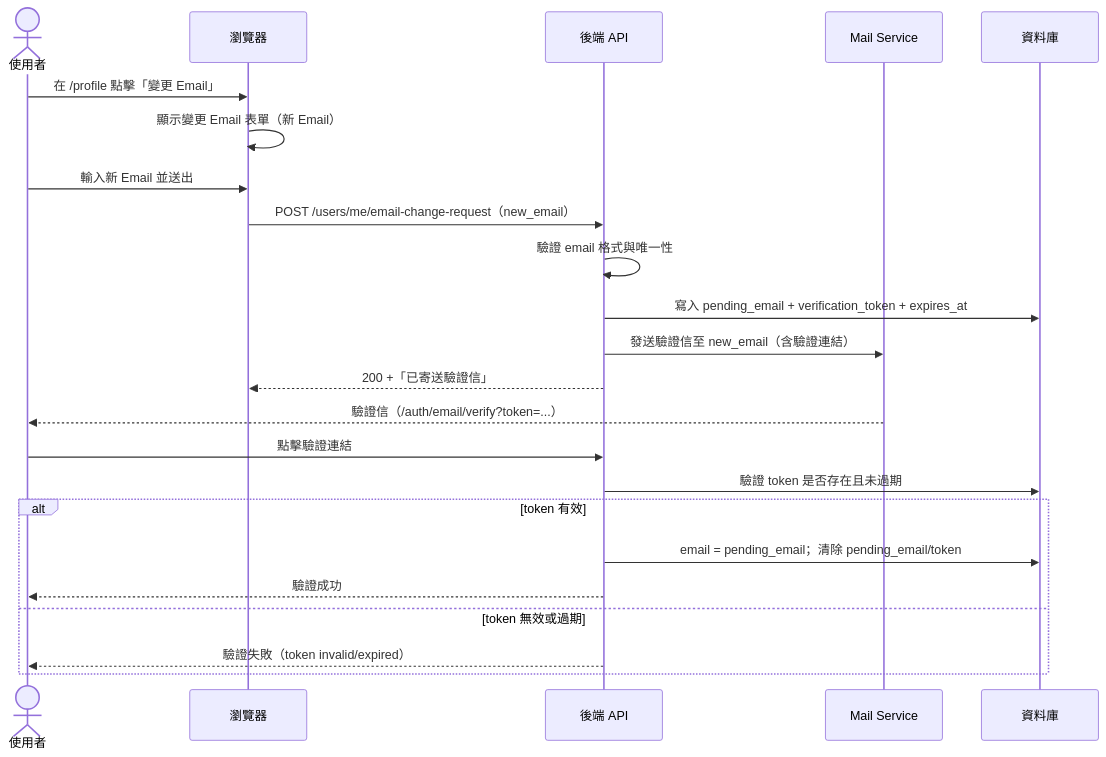
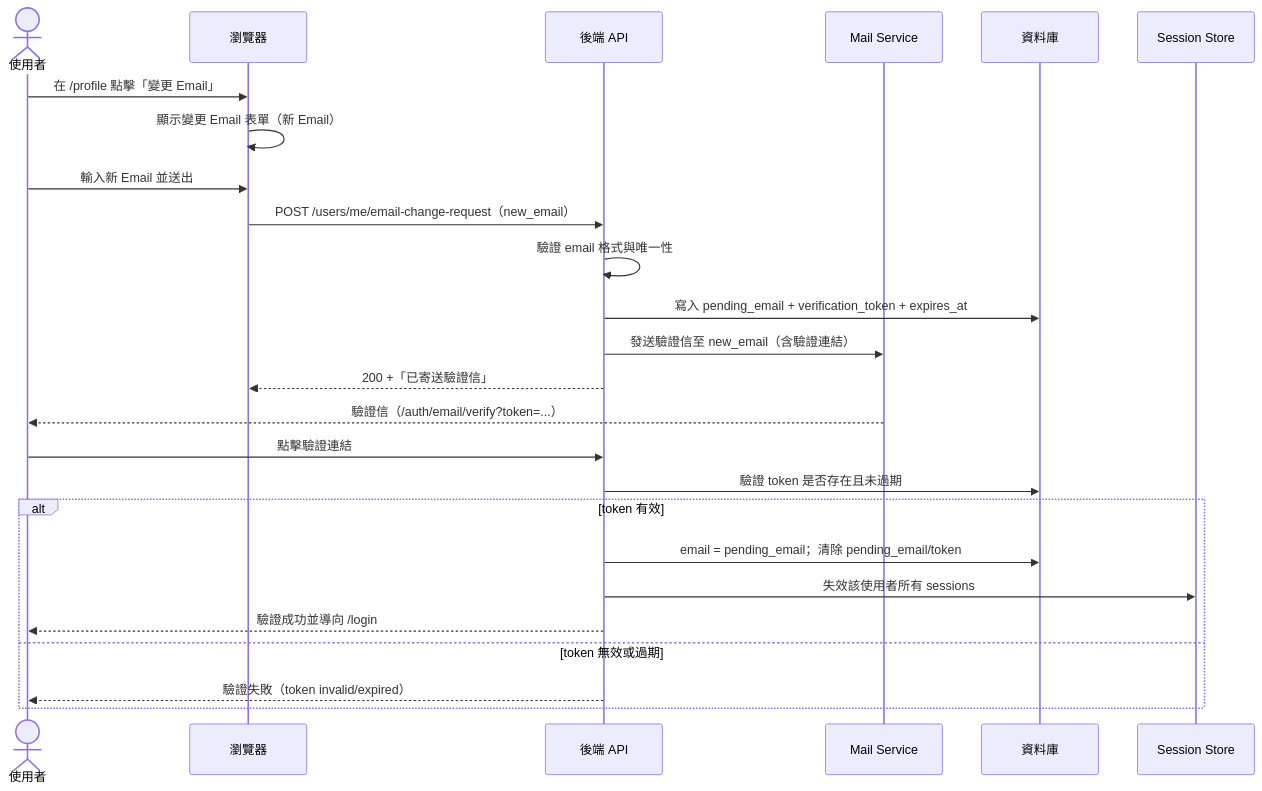
The second of 4 diagrams in specs/account/005-profile-settings/spec.md (singyichen/label-suite), drawn with Mermaid before and after one commit. The commit also changed other lines of this file and 1 other file, not shown here.

````diff
--- a/specs/account/005-profile-settings/spec.md
+++ b/specs/account/005-profile-settings/spec.md
@@ -63,27 +76,29 @@
 ```mermaid
 sequenceDiagram
     actor 使用者
     participant 瀏覽器
     participant 後端API as 後端 API
     participant 郵件服務 as Mail Service
     participant 資料庫
+    participant session as Session Store
 
     使用者->>瀏覽器: 在 /profile 點擊「變更 Email」
     瀏覽器->>瀏覽器: 顯示變更 Email 表單（新 Email）
     使用者->>瀏覽器: 輸入新 Email 並送出
     瀏覽器->>後端API: POST /users/me/email-change-request（new_email）
     後端API->>後端API: 驗證 email 格式與唯一性
     後端API->>資料庫: 寫入 pending_email + verification_token + expires_at
     後端API->>郵件服務: 發送驗證信至 new_email（含驗證連結）
     後端API-->>瀏覽器: 200 +「已寄送驗證信」
     郵件服務-->>使用者: 驗證信（/auth/email/verify?token=...）
 
     使用者->>後端API: 點擊驗證連結
     後端API->>資料庫: 驗證 token 是否存在且未過期
     alt token 有效
         後端API->>資料庫: email = pending_email；清除 pending_email/token
-        後端API-->>使用者: 驗證成功
+        後端API->>session: 失效該使用者所有 sessions
+        後端API-->>使用者: 驗證成功並導向 /login
     else token 無效或過期
         後端API-->>使用者: 驗證失敗（token invalid/expired）
     end
 ```
````
